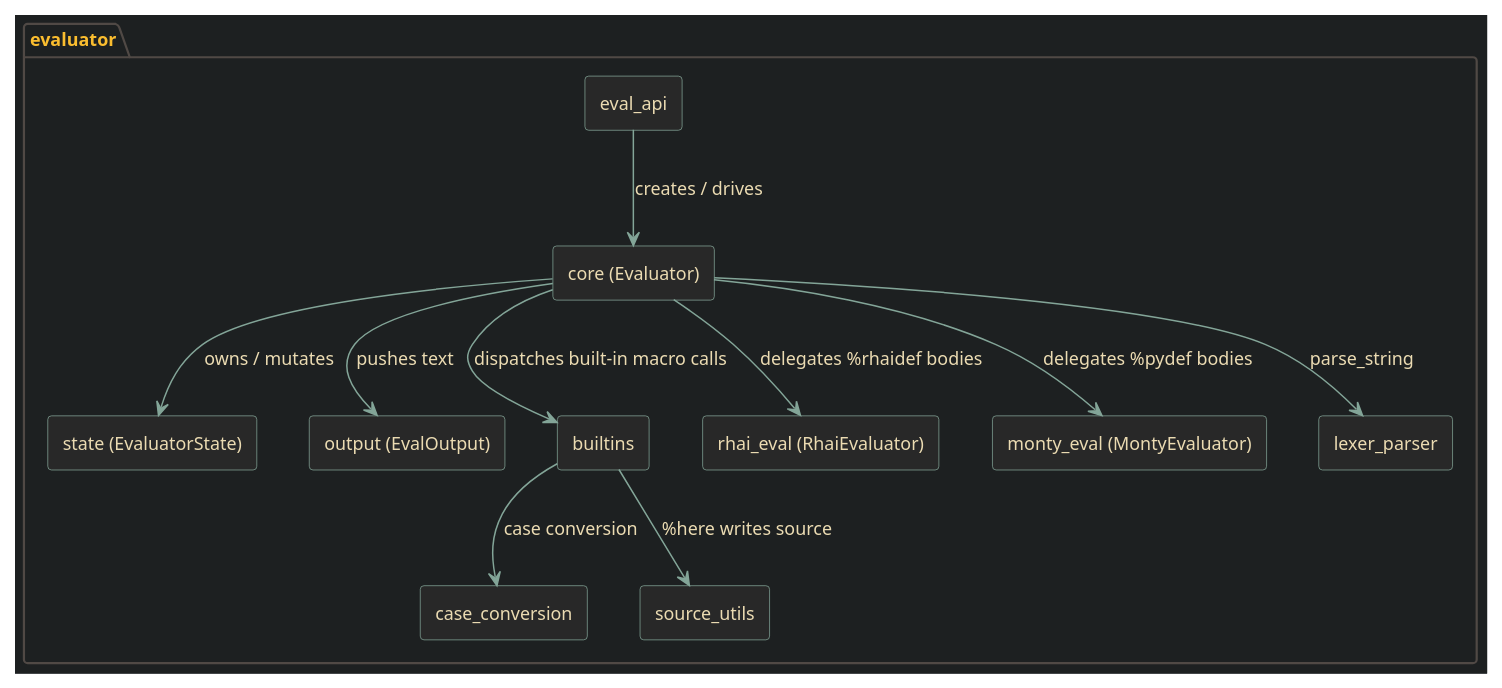
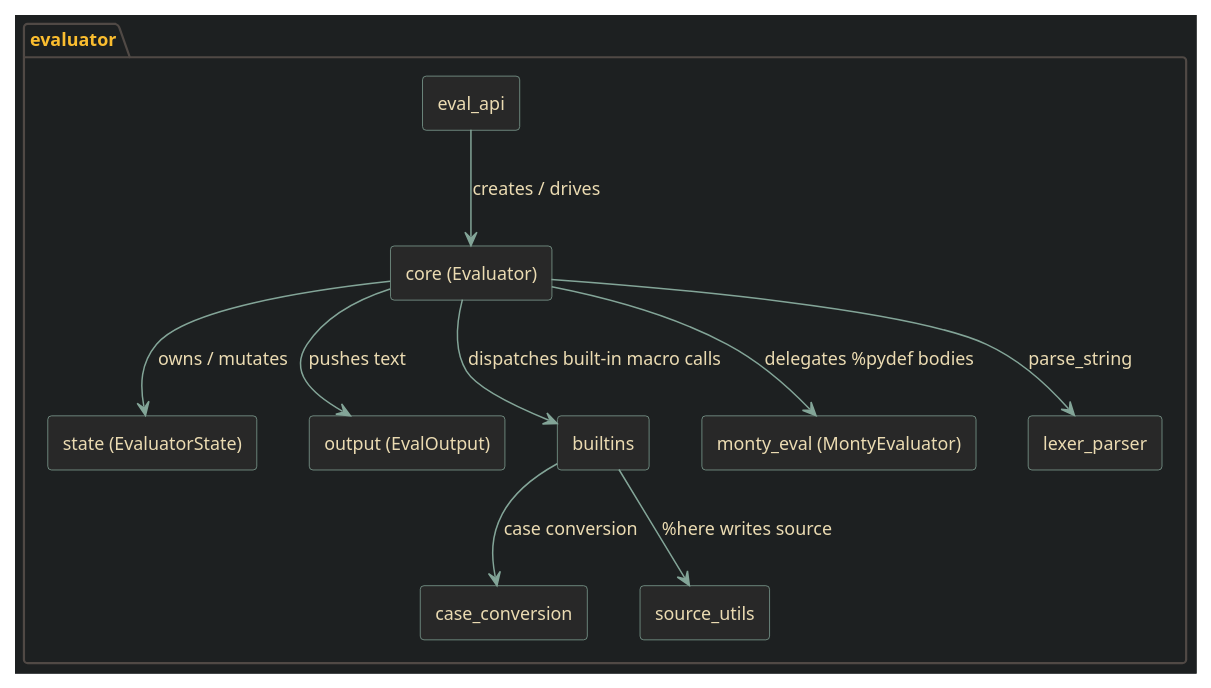
One commit to giannifer7/weaveback changed the diagram in crates/weaveback-macro/src/evaluator/evaluator.adoc. Above: the diagram before and after it, drawn with PlantUML. The commit also changed other lines of this file and 45 other files, not shown here.

```diff
--- a/crates/weaveback-macro/src/evaluator/evaluator.adoc
+++ b/crates/weaveback-macro/src/evaluator/evaluator.adoc
@@ -11,39 +11,37 @@
 [plantuml,format=svg]
 ----
 @startuml
 skinparam componentStyle rectangle
 skinparam backgroundColor #1d2021
 skinparam defaultFontColor #ebdbb2
 skinparam defaultFontSize 12
 skinparam ArrowColor #83a598
 skinparam ComponentBorderColor #83a598
 skinparam ComponentBackgroundColor #282828
 skinparam ComponentFontColor #ebdbb2
 skinparam PackageBorderColor #504945
 skinparam PackageBackgroundColor #1d2021
 skinparam PackageFontColor #fabd2f
 
 package "evaluator" {
   component "eval_api" as api
   component "core (Evaluator)" as core
   component "state (EvaluatorState)" as state
   component "output (EvalOutput)" as output
   component "builtins" as builtins
   component "case_conversion" as case
   component "source_utils" as su
-  component "rhai_eval (RhaiEvaluator)" as rhai
   component "monty_eval (MontyEvaluator)" as monty
   component "lexer_parser" as lp
 }
 
 api --> core : creates / drives
 core --> state : owns / mutates
 core --> output : pushes text
 core --> builtins : dispatches built-in macro calls
-core --> rhai : delegates %rhaidef bodies
 core --> monty : delegates %pydef bodies
 builtins --> case : case conversion
 builtins --> su : %here writes source
 core --> lp : parse_string
 @enduml
 ----
```
